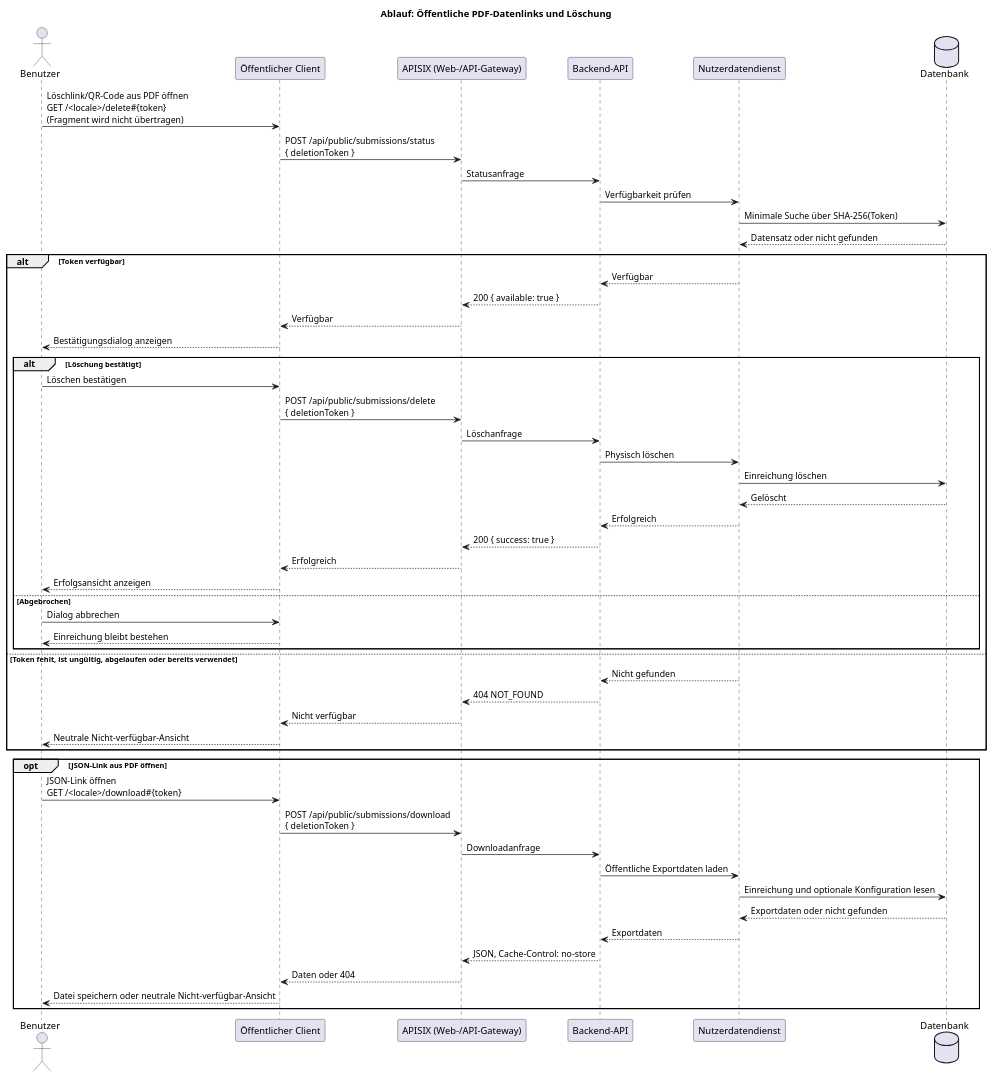
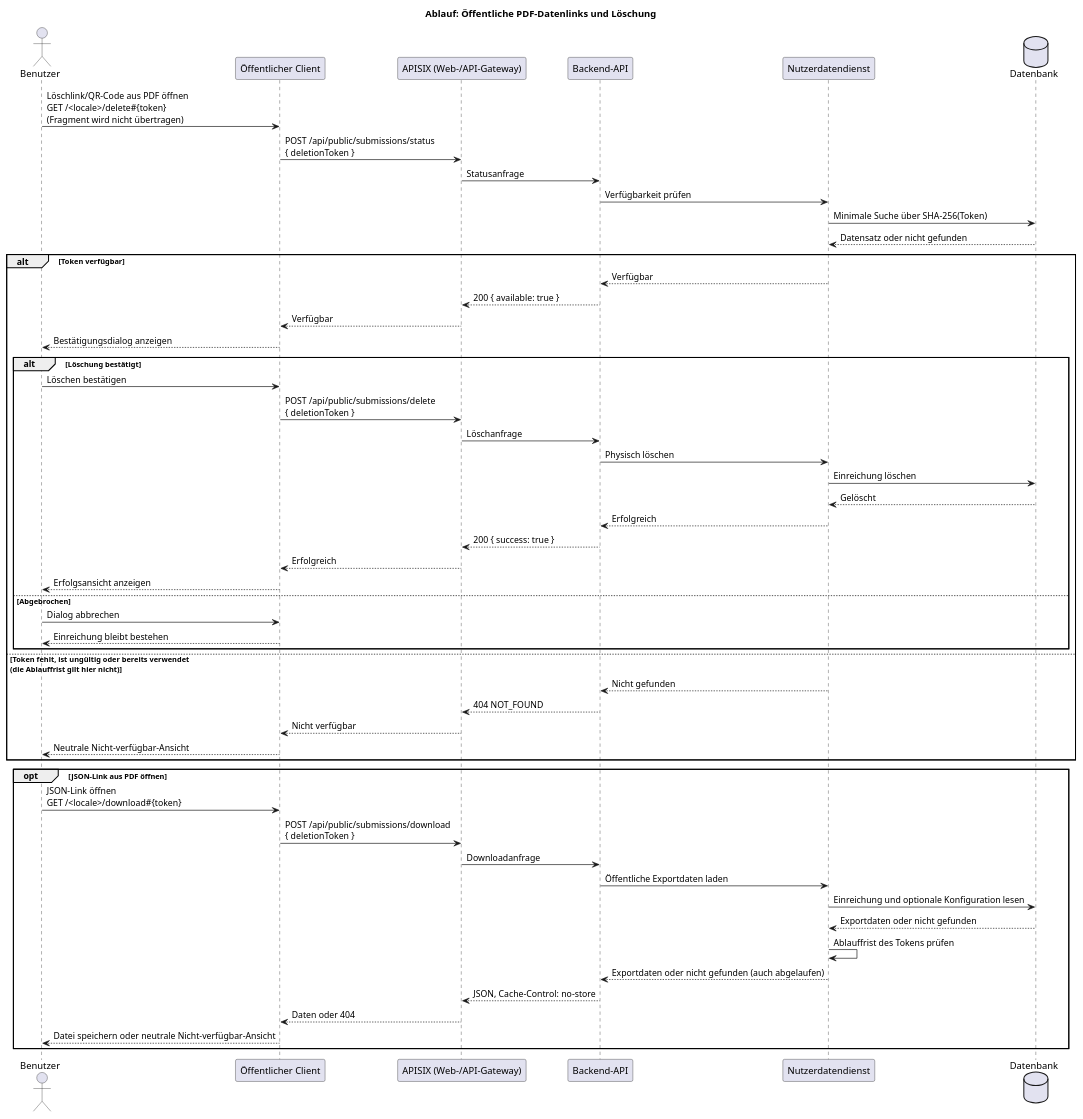
Before and after one commit to csi-FOXBYTE/Regensburg_DigitalerEnergieZwilling_MonoRepo: the diagram in apps/backend/docs/architecture/raw/runtime-flow-delete.puml, drawn with PlantUML. The commit also changed 16 other files, not shown here.

```diff
--- a/apps/backend/docs/architecture/raw/runtime-flow-delete.puml
+++ b/apps/backend/docs/architecture/raw/runtime-flow-delete.puml
@@ -1,58 +1,59 @@
 @startuml
 title Ablauf: Öffentliche PDF-Datenlinks und Löschung
 
 actor Benutzer
 participant "Öffentlicher Client" as client
 participant "APISIX (Web-/API-Gateway)" as gateway
 participant "Backend-API" as api
 participant "Nutzerdatendienst" as uds
 database "Datenbank" as db
 
 Benutzer -> client : Löschlink/QR-Code aus PDF öffnen\nGET /<locale>/delete#{token}\n(Fragment wird nicht übertragen)
 client -> gateway : POST /api/public/submissions/status\n{ deletionToken }
 gateway -> api : Statusanfrage
 api -> uds : Verfügbarkeit prüfen
 uds -> db : Minimale Suche über SHA-256(Token)
 db --> uds : Datensatz oder nicht gefunden
 
 alt Token verfügbar
   uds --> api : Verfügbar
   api --> gateway : 200 { available: true }
   gateway --> client : Verfügbar
   client --> Benutzer : Bestätigungsdialog anzeigen
   alt Löschung bestätigt
     Benutzer -> client : Löschen bestätigen
     client -> gateway : POST /api/public/submissions/delete\n{ deletionToken }
     gateway -> api : Löschanfrage
     api -> uds : Physisch löschen
     uds -> db : Einreichung löschen
     db --> uds : Gelöscht
     uds --> api : Erfolgreich
     api --> gateway : 200 { success: true }
     gateway --> client : Erfolgreich
     client --> Benutzer : Erfolgsansicht anzeigen
   else Abgebrochen
     Benutzer -> client : Dialog abbrechen
     client --> Benutzer : Einreichung bleibt bestehen
   end
-else Token fehlt, ist ungültig, abgelaufen oder bereits verwendet
+else Token fehlt, ist ungültig oder bereits verwendet\n(die Ablauffrist gilt hier nicht)
   uds --> api : Nicht gefunden
   api --> gateway : 404 NOT_FOUND
   gateway --> client : Nicht verfügbar
   client --> Benutzer : Neutrale Nicht-verfügbar-Ansicht
 end
 
 opt JSON-Link aus PDF öffnen
   Benutzer -> client : JSON-Link öffnen\nGET /<locale>/download#{token}
   client -> gateway : POST /api/public/submissions/download\n{ deletionToken }
   gateway -> api : Downloadanfrage
   api -> uds : Öffentliche Exportdaten laden
   uds -> db : Einreichung und optionale Konfiguration lesen
   db --> uds : Exportdaten oder nicht gefunden
-  uds --> api : Exportdaten
+  uds -> uds : Ablauffrist des Tokens prüfen
+  uds --> api : Exportdaten oder nicht gefunden (auch abgelaufen)
   api --> gateway : JSON, Cache-Control: no-store
   gateway --> client : Daten oder 404
   client --> Benutzer : Datei speichern oder neutrale Nicht-verfügbar-Ansicht
 end
 
 @enduml
```
